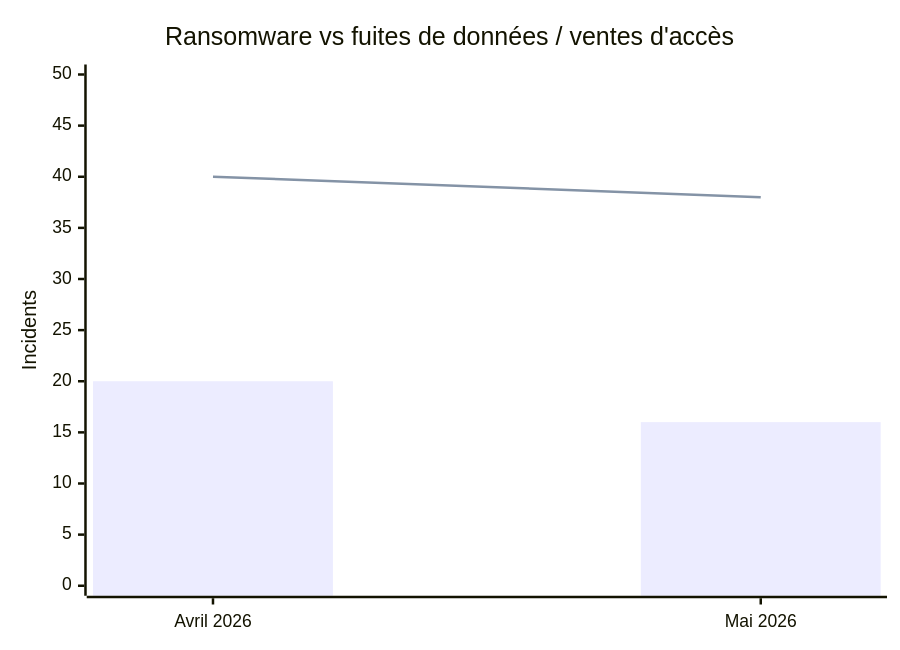
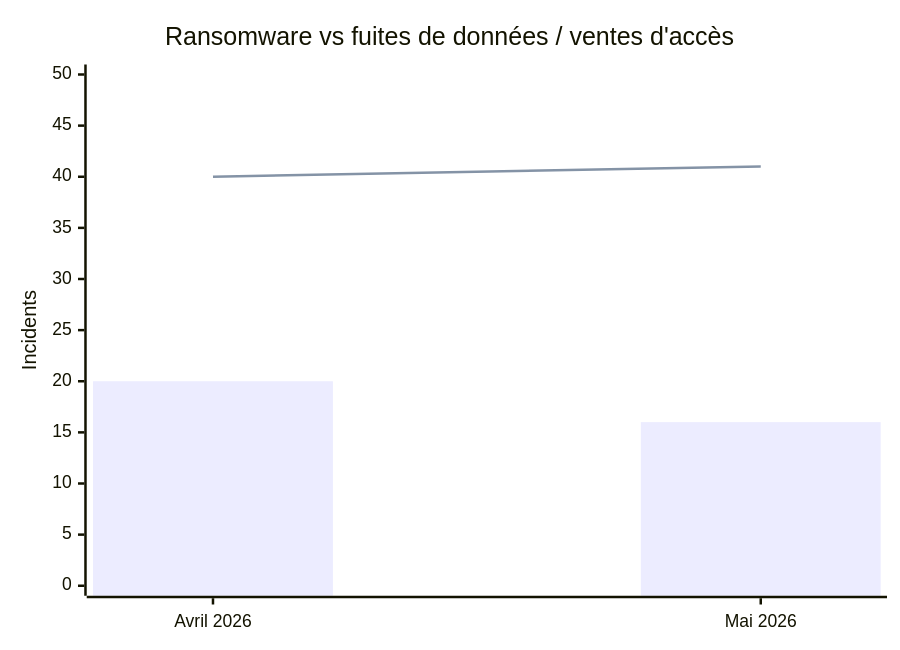
The second of 4 diagrams in comparison/2026/04-april-may/README_FR.md (Hatchepsoute/AFRINTEL), drawn with Mermaid before and after one commit. The commit also changed other lines of this file and 28 other files, not shown here.

````diff
--- a/comparison/2026/04-april-may/README_FR.md
+++ b/comparison/2026/04-april-may/README_FR.md
@@ -44,8 +44,8 @@
 ```mermaid
 xychart-beta
 title "Ransomware vs fuites de données / ventes d'accès"
 x-axis ["Avril 2026","Mai 2026"]
 y-axis "Incidents" 0 --> 50
 bar [20, 16]
-line [40, 38]
+line [40, 41]
 ```
````
